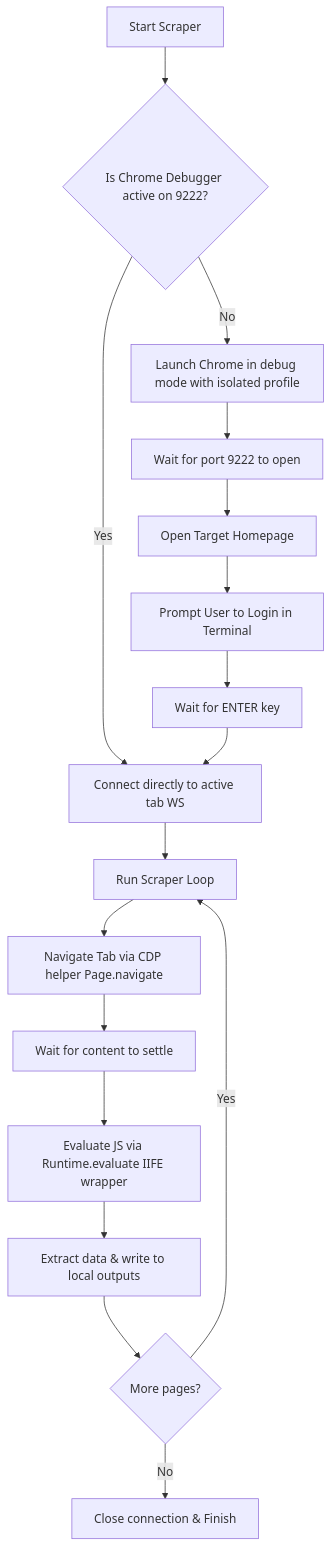
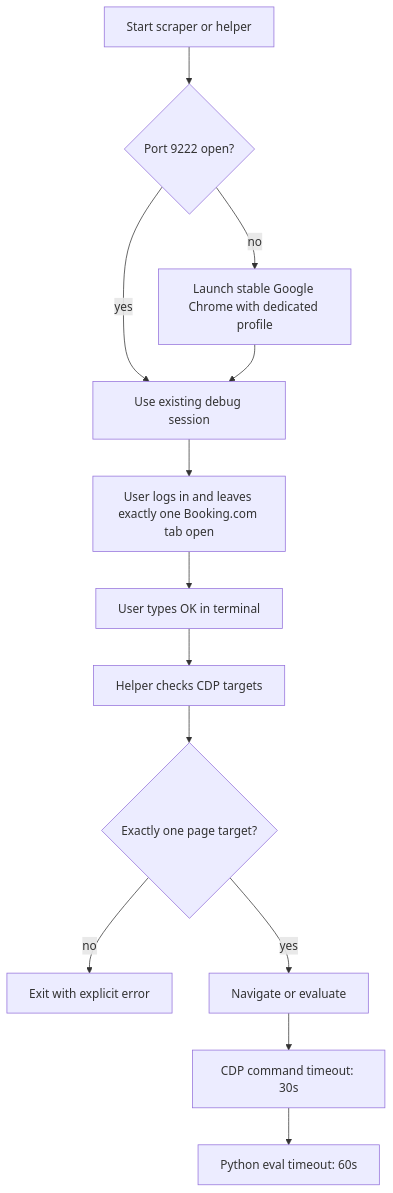
One commit to krzkraw/holidai changed the diagram in chrome-scrape-control/SKILL.md. Above: the diagram before and after it, drawn with Mermaid. The commit also changed other lines of this file and 8 other files, not shown here.

First line of the commit message:
Harden booking scraper guardrails

````diff
--- a/chrome-scrape-control/SKILL.md
+++ b/chrome-scrape-control/SKILL.md
@@ -16,19 +28,15 @@
 ```mermaid
 graph TD
-    A[Start Scraper] --> B{Is Chrome Debugger active on 9222?}
-    B -- Yes --> D[Connect directly to active tab WS]
-    B -- No --> C[Launch Chrome in debug mode with isolated profile]
-    C --> E[Wait for port 9222 to open]
-    E --> F[Open Target Homepage]
-    F --> G[Prompt User to Login in Terminal]
-    G --> H[Wait for ENTER key]
-    H --> D
-    D --> I[Run Scraper Loop]
-    I --> J[Navigate Tab via CDP helper Page.navigate]
-    J --> K[Wait for content to settle]
-    K --> L[Evaluate JS via Runtime.evaluate IIFE wrapper]
-    L --> M[Extract data & write to local outputs]
-    M --> N{More pages?}
-    N -- Yes --> I
-    N -- No --> O[Close connection & Finish]
+    A[Start scraper or helper] --> B{Port 9222 open?}
+    B -- no --> C[Launch stable Google Chrome with dedicated profile]
+    B -- yes --> D[Use existing debug session]
+    C --> D
+    D --> E[User logs in and leaves exactly one Booking.com tab open]
+    E --> F[User types OK in terminal]
+    F --> G[Helper checks CDP targets]
+    G --> H{Exactly one page target?}
+    H -- no --> I[Exit with explicit error]
+    H -- yes --> J[Navigate or evaluate]
+    J --> K[CDP command timeout: 30s]
+    K --> L[Python eval timeout: 60s]
 ```
````
